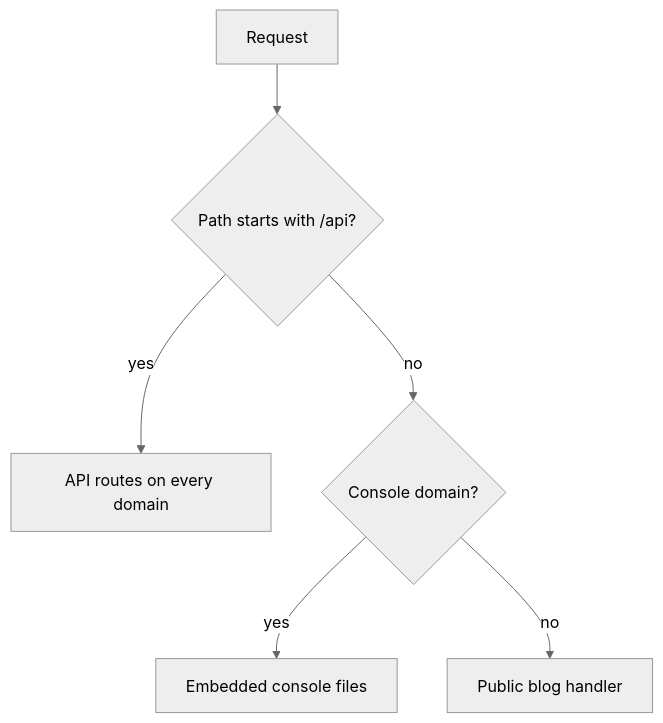
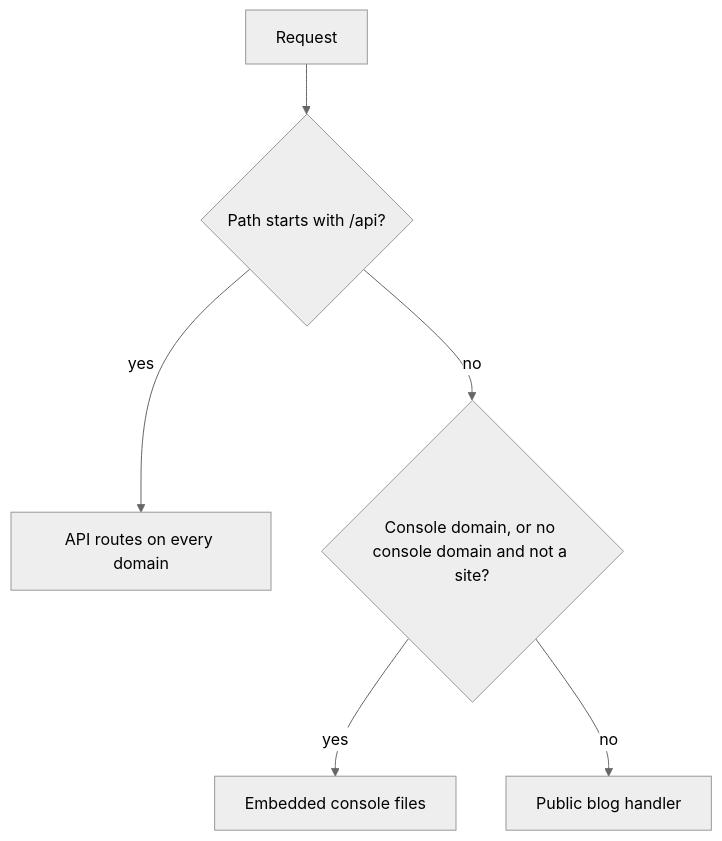
The first of 3 diagrams in docs/content/concepts/how-it-works.md (EzyGang/cuhlumn), drawn with Mermaid (neutral theme) before and after one commit. The commit also changed other lines of this file and 28 other files, not shown here.

````diff
--- a/docs/content/concepts/how-it-works.md
+++ b/docs/content/concepts/how-it-works.md
@@ -21,8 +23,8 @@
 ```mermaid
 flowchart TD
   request[Request] --> api{Path starts with /api?}
   api -->|yes| routes[API routes on every domain]
-  api -->|no| console{Console domain?}
+  api -->|no| console{Console domain, or no console domain and not a site?}
   console -->|yes| app[Embedded console files]
   console -->|no| public[Public blog handler]
 ```
````
